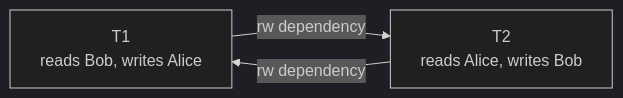
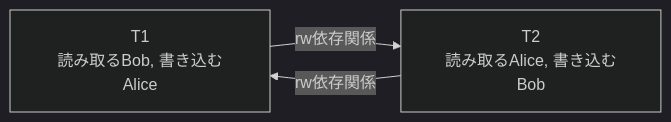
One commit to hirunebot/database-systems-book changed the sixth of 6 diagrams in src/content/docs/04-transactions/11-concurrency-control.md. Above: the diagram before and after it, drawn with Mermaid (dark theme). The commit also changed other lines of this file and 42 other files, not shown here.

````diff
--- a/src/content/docs/04-transactions/11-concurrency-control.md
+++ b/src/content/docs/04-transactions/11-concurrency-control.md
@@ -317,5 +317,5 @@
 ```mermaid
 flowchart LR
-    T1["T1<br/>reads Bob, writes Alice"] -->|"rw dependency"| T2["T2<br/>reads Alice, writes Bob"]
-    T2 -->|"rw dependency"| T1
+    T1["T1<br/>読み取るBob, 書き込むAlice"] -->|"rw依存関係"| T2["T2<br/>読み取るAlice, 書き込むBob"]
+    T2 -->|"rw依存関係"| T1
 ```
````
